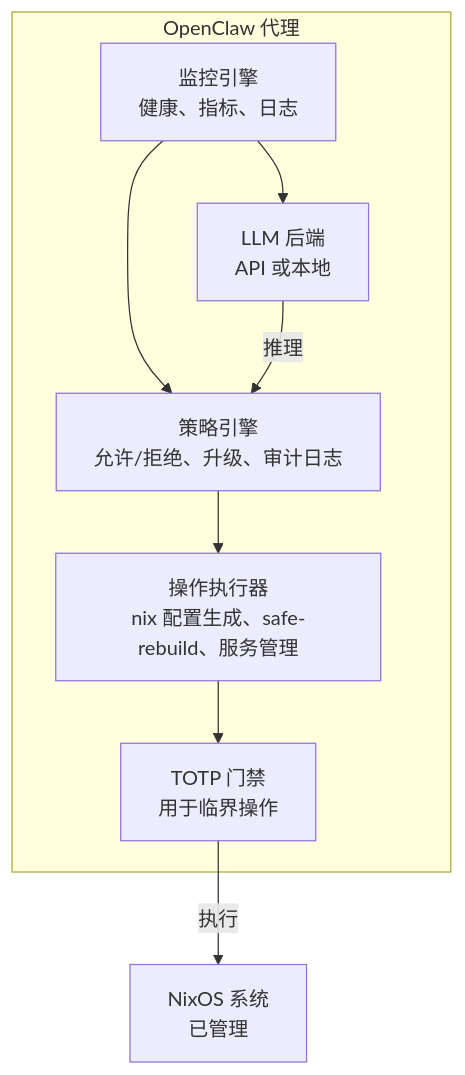
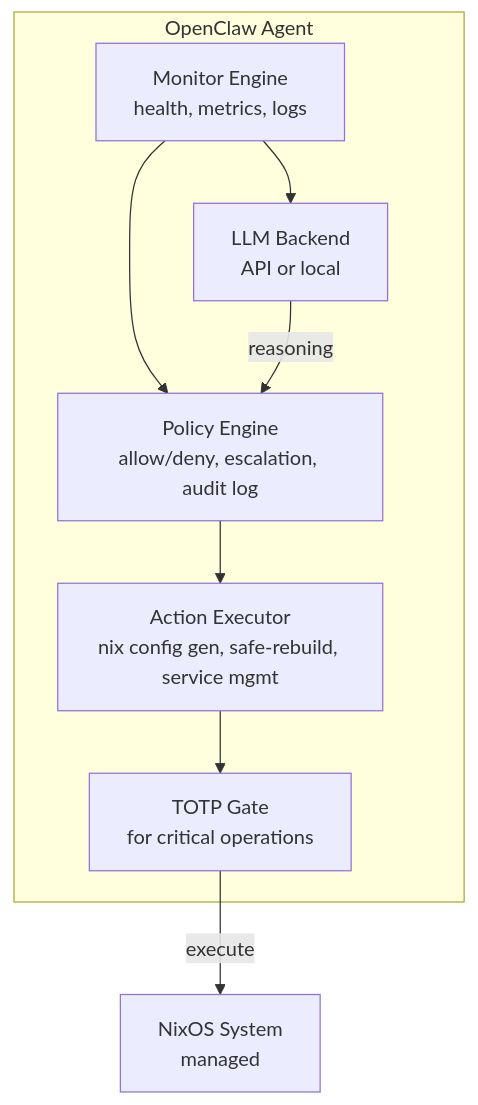
One commit to stars-labs/self-healing-nixos-infra changed the diagram in i18n/zh/docusaurus-plugin-content-docs/current/04-install-openclaw.md. Above: the diagram before and after it, drawn with Mermaid. The commit also changed other lines of this file and 15 other files, not shown here.

First line of the commit message:
Fix Mermaid parse errors in Chinese docs

````diff
--- a/i18n/zh/docusaurus-plugin-content-docs/current/04-install-openclaw.md
+++ b/i18n/zh/docusaurus-plugin-content-docs/current/04-install-openclaw.md
@@ -12,12 +12,12 @@
 ```mermaid
 flowchart TB
-    subgraph OpenClawAgent["OpenClaw 代理"]
-        A[监控引擎<br/>健康、指标、日志] --> B[策略引擎<br/>允许/拒绝、升级、审计日志]
-        B --> C[操作执行器<br/>nix 配置生成、safe-rebuild、服务管理]
-        C --> D[TOTP 门禁<br/>用于临界操作]
-        A --> E[LLM 后端<br/>API 或本地]
+    subgraph OpenClaw["OpenClaw Agent"]
+        A[Monitor Engine<br/>health, metrics, logs] --> B[Policy Engine<br/>allow/deny, escalation, audit log]
+        B --> C[Action Executor<br/>nix config gen, safe-rebuild, service mgmt]
+        C --> D[TOTP Gate<br/>for critical operations]
+        A --> E[LLM Backend<br/>API or local]
     end
     
-    E -->|推理| B
-    D -->|执行| F[NixOS 系统<br/>已管理]
+    E -->|reasoning| B
+    D -->|execute| F[NixOS System<br/>managed]
 ```
````
